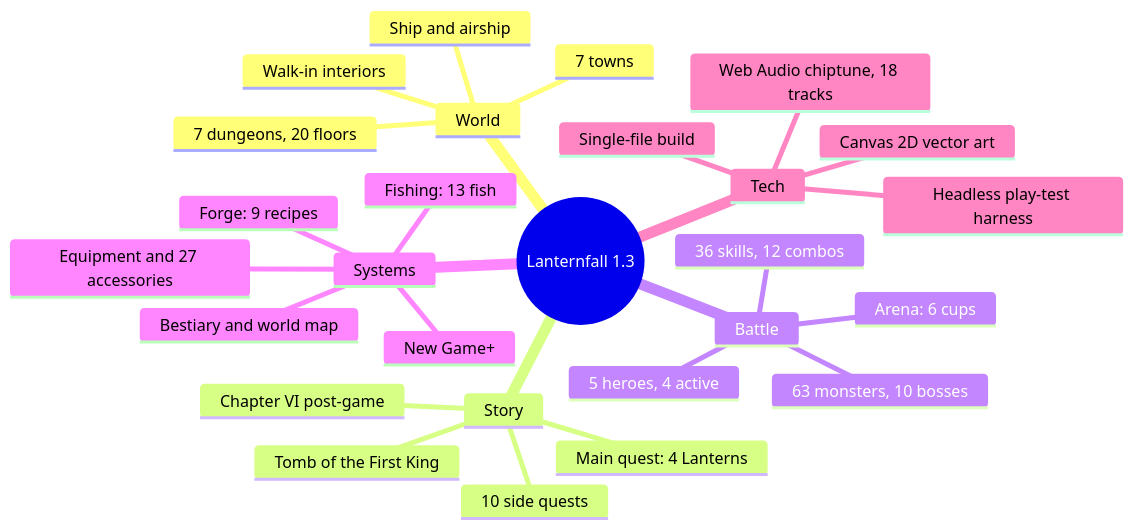
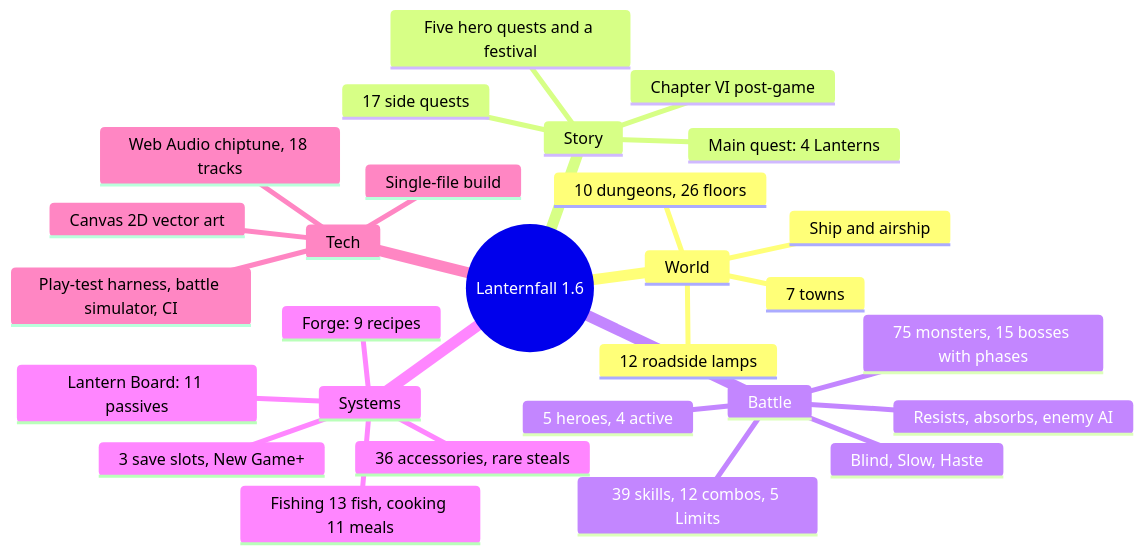
The first of 11 diagrams in ROADMAP.md (CptNope/Laternfall), drawn with Mermaid before and after one commit. The commit also changed other lines of this file and 19 other files, not shown here.

First line of the commit message:
1.6.0 Deeper systems: Lantern Board, cooking, smarter enemies, new statuses

````diff
--- a/ROADMAP.md
+++ b/ROADMAP.md
@@ -40,30 +40,31 @@
 ```mermaid
 mindmap
-  root((Lanternfall 1.3))
+  root((Lanternfall 1.6))
     World
       7 towns
-      7 dungeons, 20 floors
+      10 dungeons, 26 floors
       Ship and airship
-      Walk-in interiors
+      12 roadside lamps
     Story
       Main quest: 4 Lanterns
-      Tomb of the First King
       Chapter VI post-game
-      10 side quests
+      Five hero quests and a festival
+      17 side quests
     Battle
       5 heroes, 4 active
-      36 skills, 12 combos
-      63 monsters, 10 bosses
-      Arena: 6 cups
+      39 skills, 12 combos, 5 Limits
+      75 monsters, 15 bosses with phases
+      Blind, Slow, Haste
+      Resists, absorbs, enemy AI
     Systems
-      Equipment and 27 accessories
-      Fishing: 13 fish
+      Lantern Board: 11 passives
+      36 accessories, rare steals
+      Fishing 13 fish, cooking 11 meals
       Forge: 9 recipes
-      Bestiary and world map
-      New Game+
+      3 save slots, New Game+
     Tech
       Canvas 2D vector art
       Web Audio chiptune, 18 tracks
       Single-file build
-      Headless play-test harness
+      Play-test harness, battle simulator, CI
 ```
````
